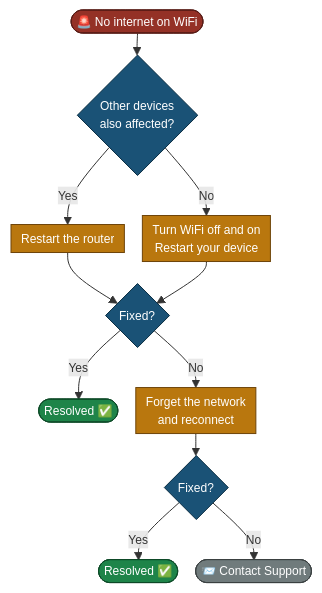
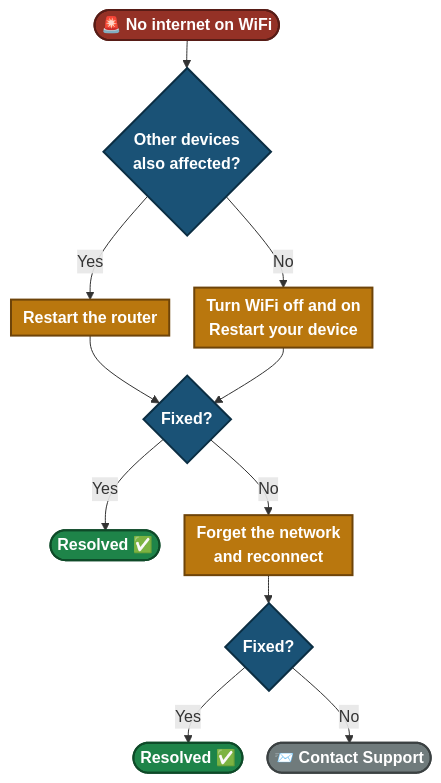
One commit to malaika-azhar/Customer-Tech-Support-Portfolio changed the second of 3 diagrams in 04-Solution-guides/04.1-WiFi-Guide.md. Above: the diagram before and after it, drawn with Mermaid. The commit also changed other lines of this file, not shown here.

````diff
--- a/04-Solution-guides/04.1-WiFi-Guide.md
+++ b/04-Solution-guides/04.1-WiFi-Guide.md
@@ -171,20 +170,20 @@
 ```mermaid
-%%{init: {'themeVariables': {'fontSize': '12px'}, 'flowchart': {'nodeSpacing': 18, 'rankSpacing': 22, 'padding': 5}}}%%
+%%{init: {'flowchart': {'nodeSpacing': 25, 'rankSpacing': 28, 'padding': 6}}}%%
 flowchart TD
     A(["🚨 No internet on WiFi"]):::start --> B{"Other devices<br/>also affected?"}:::step
     B -->|Yes| C["Restart the router"]:::fix
     B -->|No| D["Turn WiFi off and on<br/>Restart your device"]:::fix
     C --> E{"Fixed?"}:::step
     D --> E
     E -->|Yes| End1(["Resolved ✅"]):::ok
     E -->|No| F["Forget the network<br/>and reconnect"]:::fix
     F --> G{"Fixed?"}:::step
     G -->|Yes| End2(["Resolved ✅"]):::ok
     G -->|No| H(["📨 Contact Support"]):::esc
 
-    classDef start fill:#943126,stroke:#571C16,stroke-width:1px,color:#FFFFFF
-    classDef step fill:#1A5276,stroke:#0B2E43,stroke-width:1px,color:#FFFFFF
-    classDef fix fill:#B9770E,stroke:#6E4409,stroke-width:1px,color:#FFFFFF
-    classDef ok fill:#1E8449,stroke:#0E4A28,stroke-width:1px,color:#FFFFFF
-    classDef esc fill:#707B7C,stroke:#3B4142,stroke-width:1px,color:#FFFFFF
+    classDef start fill:#943126,stroke:#571C16,stroke-width:2px,color:#FFFFFF,font-weight:bold
+    classDef step fill:#1A5276,stroke:#0B2E43,stroke-width:2px,color:#FFFFFF,font-weight:bold
+    classDef fix fill:#B9770E,stroke:#6E4409,stroke-width:2px,color:#FFFFFF,font-weight:bold
+    classDef ok fill:#1E8449,stroke:#0E4A28,stroke-width:2px,color:#FFFFFF,font-weight:bold
+    classDef esc fill:#707B7C,stroke:#3B4142,stroke-width:2px,color:#FFFFFF,font-weight:bold
 ```
````
